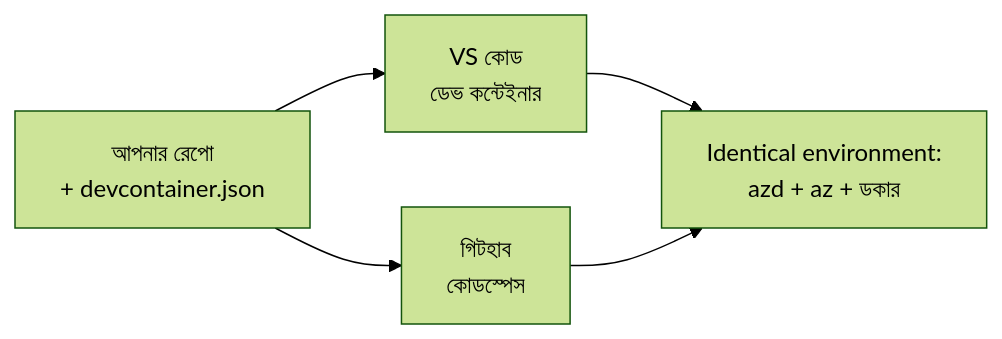
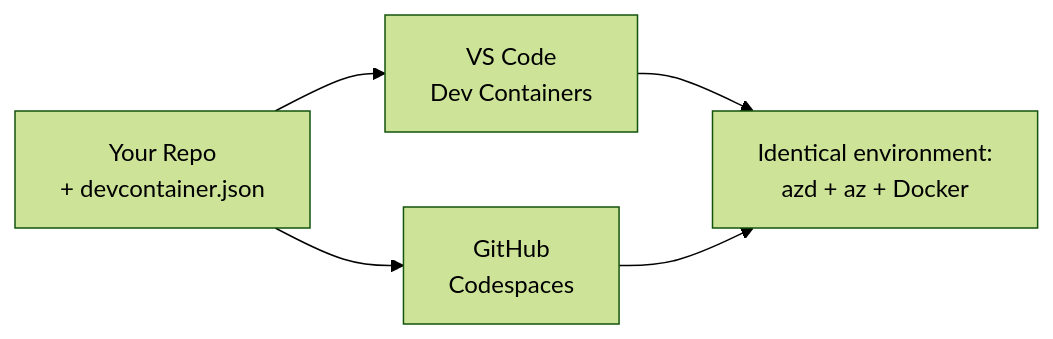
One commit to microsoft/AZD-for-beginners changed the diagram in translations/bn/docs/chapter-01-foundation/dev-containers.md. Above: the diagram before and after it, drawn with Mermaid (forest theme). The commit also changed other lines of this file and 92 other files, not shown here.

````diff
--- a/translations/bn/docs/chapter-01-foundation/dev-containers.md
+++ b/translations/bn/docs/chapter-01-foundation/dev-containers.md
@@ -41,7 +41,7 @@
 ```mermaid
 graph LR
-    Repo[আপনার রেপো<br/>+ devcontainer.json] --> VSCode[VS কোড<br/>ডেভ কন্টেইনার]
-    Repo --> Codespaces[গিটহাব<br/>কোডস্পেস]
-    VSCode --> Env[Identical environment:<br/>azd + az + ডকার]
+    Repo[Your Repo<br/>+ devcontainer.json] --> VSCode[VS Code<br/>Dev Containers]
+    Repo --> Codespaces[GitHub<br/>Codespaces]
+    VSCode --> Env[Identical environment:<br/>azd + az + Docker]
     Codespaces --> Env
 ```
````
